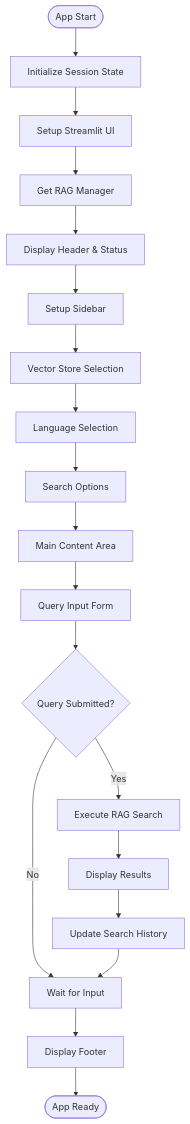
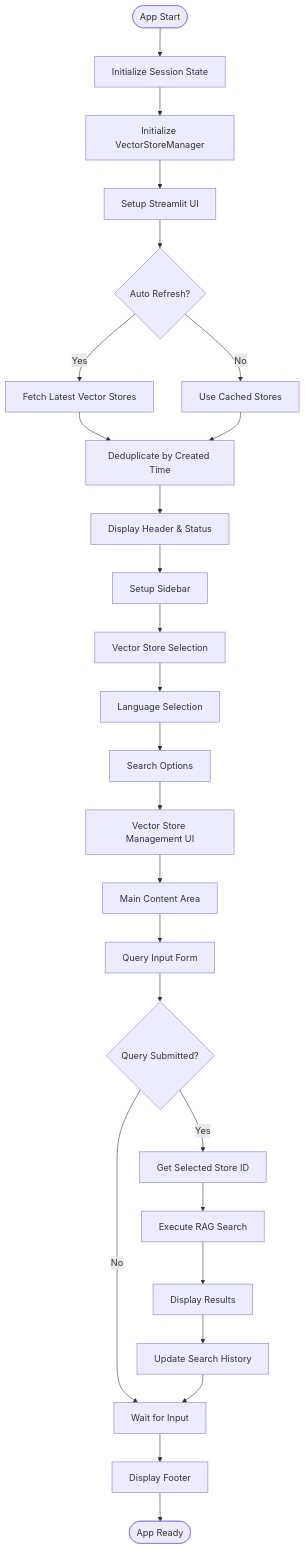
The second of 15 diagrams in doc/a30_30_rag_search.md (nakashima2toshio/openai_rag_app), drawn with Mermaid before and after one commit. The commit also changed other lines of this file, not shown here.

````diff
--- a/doc/a30_30_rag_search.md
+++ b/doc/a30_30_rag_search.md
@@ -55,25 +54,32 @@
 ```mermaid
 flowchart TD
     Start(["App Start"]) --> Init["Initialize Session State"]
-    Init --> UI["Setup Streamlit UI"]
-    UI --> Manager["Get RAG Manager"]
-    Manager --> Header["Display Header & Status"]
+    Init --> VectorMgr["Initialize VectorStoreManager"]
+    VectorMgr --> UI["Setup Streamlit UI"]
+    UI --> RefreshCheck{"Auto Refresh?"}
+    RefreshCheck -->|Yes| Fetch["Fetch Latest Vector Stores"]
+    RefreshCheck -->|No| Cache["Use Cached Stores"]
+    Fetch --> Dedupe["Deduplicate by Created Time"]
+    Cache --> Dedupe
+    Dedupe --> Header["Display Header & Status"]
     Header --> Sidebar["Setup Sidebar"]
-  
+
     Sidebar --> Store["Vector Store Selection"]
     Store --> Lang["Language Selection"]
     Lang --> Options["Search Options"]
-    Options --> MainContent["Main Content Area"]
-  
+    Options --> Management["Vector Store Management UI"]
+    Management --> MainContent["Main Content Area"]
+
     MainContent --> Input["Query Input Form"]
     Input --> Submit{"Query Submitted?"}
     Submit -->|No| Wait["Wait for Input"]
-    Submit -->|Yes| Search["Execute RAG Search"]
-  
+    Submit -->|Yes| GetStoreID["Get Selected Store ID"]
+    GetStoreID --> Search["Execute RAG Search"]
+
     Search --> Response["Display Results"]
     Response --> History["Update Search History"]
     History --> Wait
-  
+
     Wait --> Footer["Display Footer"]
     Footer --> End(["App Ready"])
 ```
````
